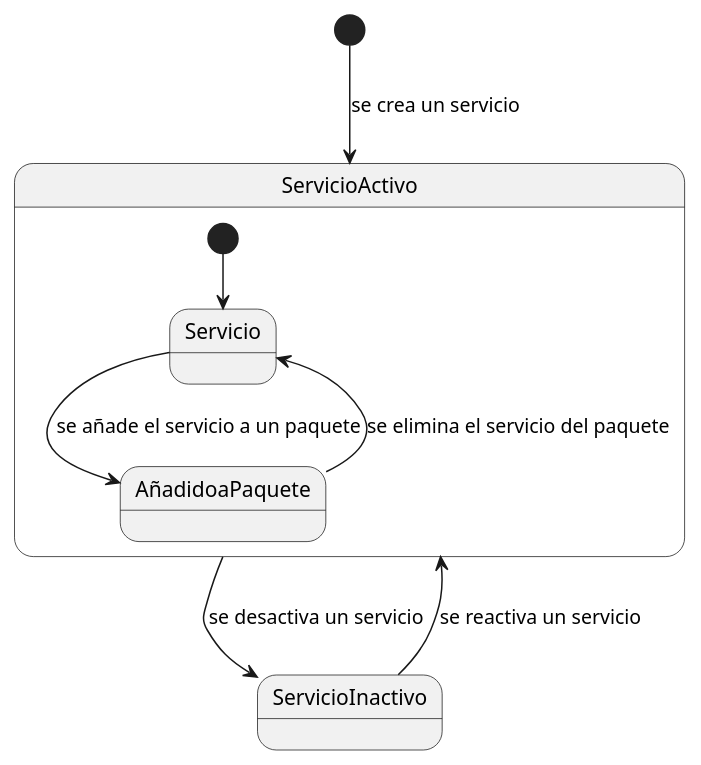
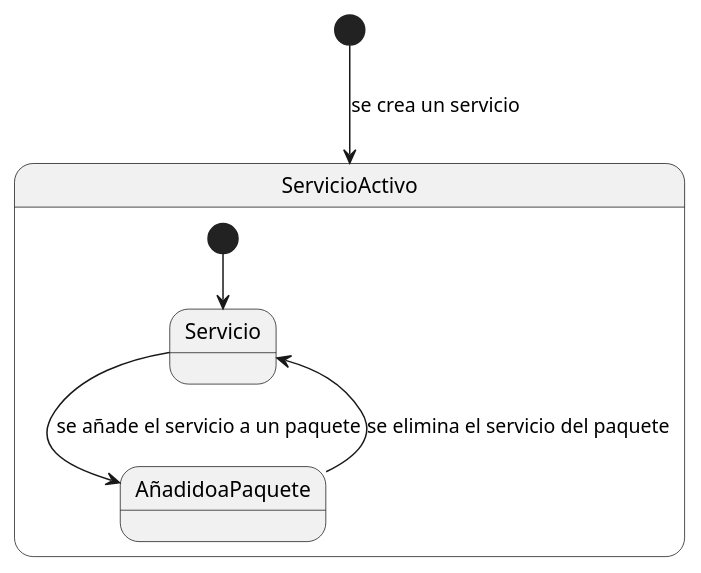
One commit to mmasias/23-24-IdSw1-SDR changed the diagram in Modelo_de_Dominio/Diagramas_de_Estado/Servicios/Diagrama_de_Estados_Servicios.puml. Above: the diagram before and after it, drawn with PlantUML. The commit also changed 1 other file, not shown here.

Commit message:
editar diagrama de estado

```diff
--- a/Modelo_de_Dominio/Diagramas_de_Estado/Servicios/Diagrama_de_Estados_Servicios.puml
+++ b/Modelo_de_Dominio/Diagramas_de_Estado/Servicios/Diagrama_de_Estados_Servicios.puml
@@ -1,12 +1,11 @@
 [*] --> ServicioActivo : se crea un servicio
 
-ServicioActivo--> ServicioInactivo : se desactiva un servicio
-ServicioInactivo--> ServicioActivo : se reactiva un servicio
+
 State ServicioActivo{
 [*]-->Servicio
 Servicio-->AñadidoaPaquete :se añade el servicio a un paquete
 AñadidoaPaquete --> Servicio : se elimina el servicio del paquete
 }
 
 
 @enduml
```
